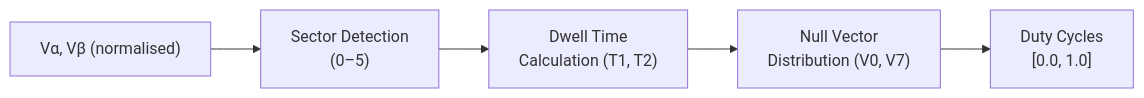
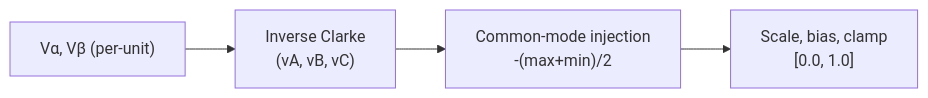
One commit to embedded-pro/e-foc changed the first of 2 diagrams in documentation/design/foc-transforms.md. Above: the diagram before and after it, drawn with Mermaid. The commit also changed other lines of this file and 320 other files, not shown here.

````diff
--- a/documentation/design/foc-transforms.md
+++ b/documentation/design/foc-transforms.md
@@ -139,7 +150,6 @@
 ```mermaid
 graph LR
-    Va["Vα, Vβ (normalised)"] --> Sector["Sector Detection\n(0–5)"]
-    Sector --> Dwell["Dwell Time\nCalculation (T1, T2)"]
-    Dwell --> Null["Null Vector\nDistribution (V0, V7)"]
-    Null --> Duty["Duty Cycles\n[0.0, 1.0]"]
+    Va["Vα, Vβ (per-unit)"] --> Inv["Inverse Clarke\n(vA, vB, vC)"]
+    Inv --> Cm["Common-mode injection\n-(max+min)/2"]
+    Cm --> Duty["Scale, bias, clamp\n[0.0, 1.0]"]
 ```
````
